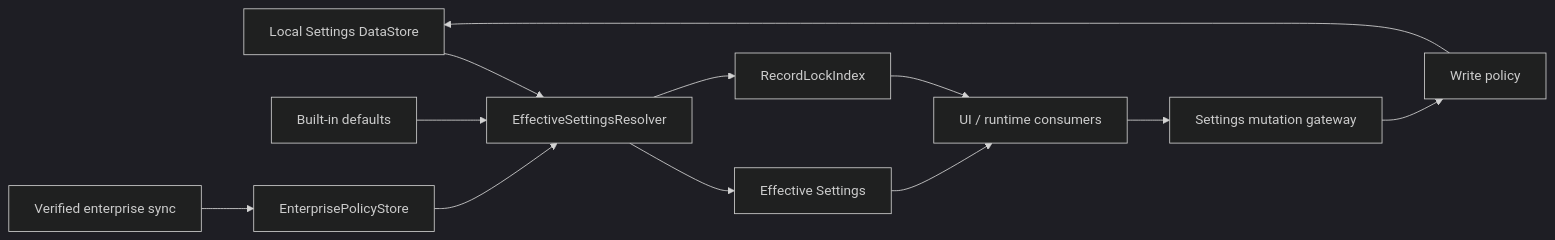
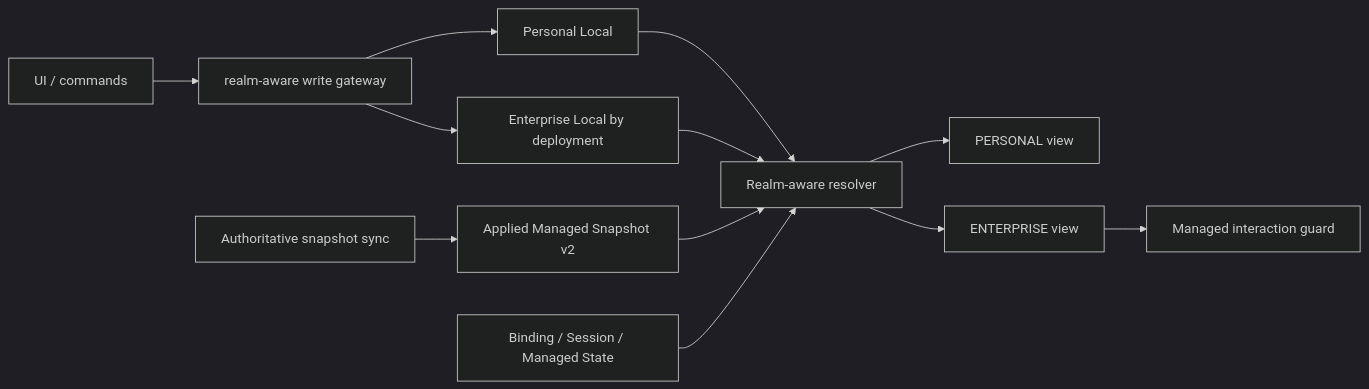
One commit to topabomb/rikkahub_mcp changed the diagram in docs/dev/persistent-records-and-sync.md. Above: the diagram before and after it, drawn with Mermaid (dark theme). The commit also changed other lines of this file and 2 other files, not shown here.

````diff
--- a/docs/dev/persistent-records-and-sync.md
+++ b/docs/dev/persistent-records-and-sync.md
@@ -273,14 +323,14 @@
 ```mermaid
 flowchart LR
-    L["Local Settings DataStore"] --> R["EffectiveSettingsResolver"]
-    B["Built-in defaults"] --> R
-    E["EnterprisePolicyStore"] --> R
-    R --> S["Effective Settings"]
-    R --> K["RecordLockIndex"]
-    S --> UI["UI / runtime consumers"]
-    K --> UI
-    UI --> G["Settings mutation gateway"]
-    G --> P["Write policy"]
-    P --> L
-    ES["Verified enterprise sync"] --> E
+    P["Personal Local"] --> R["Realm-aware resolver"]
+    EL["Enterprise Local by deployment"] --> R
+    M["Applied Managed Snapshot v2"] --> R
+    B["Binding / Session / Managed State"] --> R
+    R --> PR["PERSONAL view"]
+    R --> ER["ENTERPRISE view"]
+    ER --> G["Managed interaction guard"]
+    UI["UI / commands"] --> W["realm-aware write gateway"]
+    W --> P
+    W --> EL
+    S["Authoritative snapshot sync"] --> M
 ```
````
